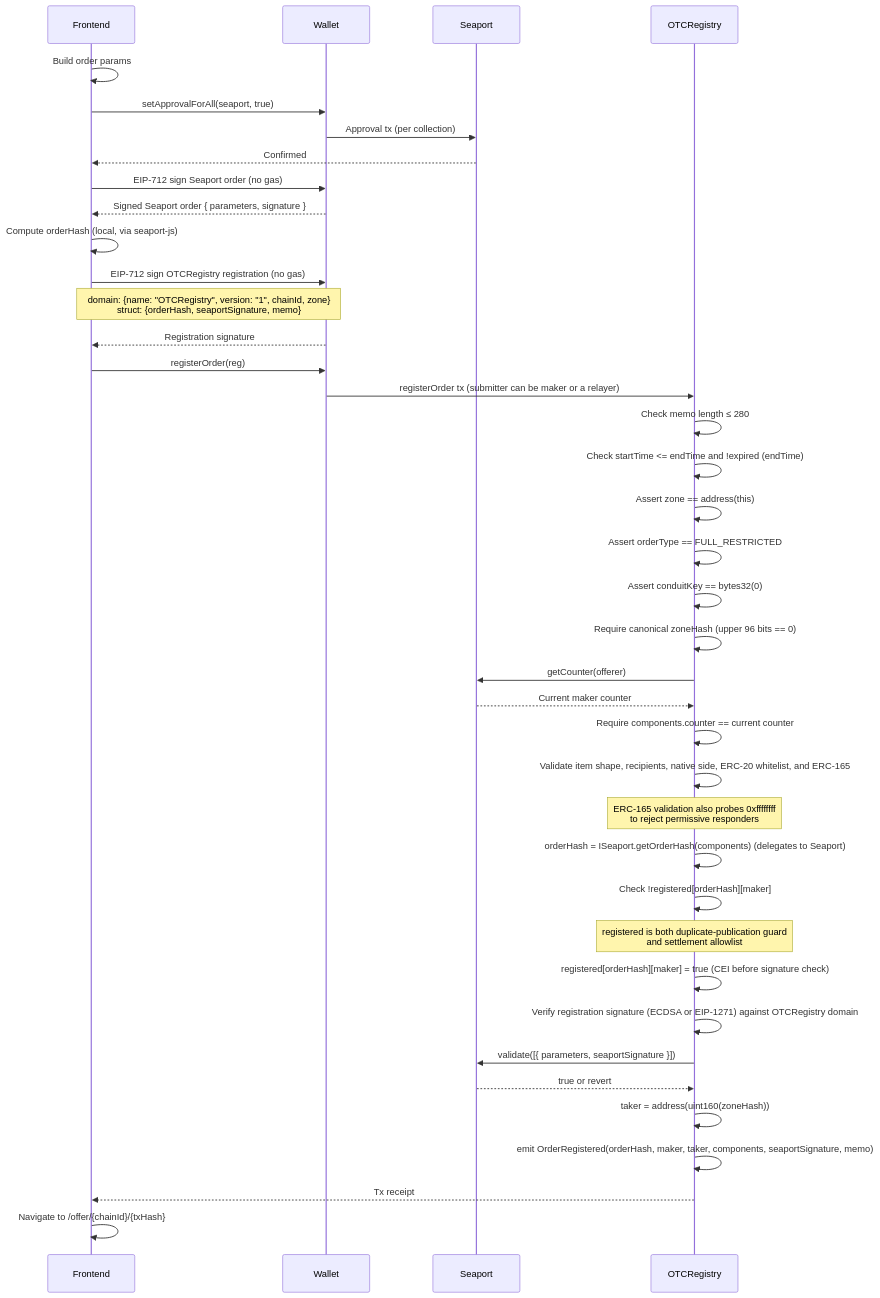
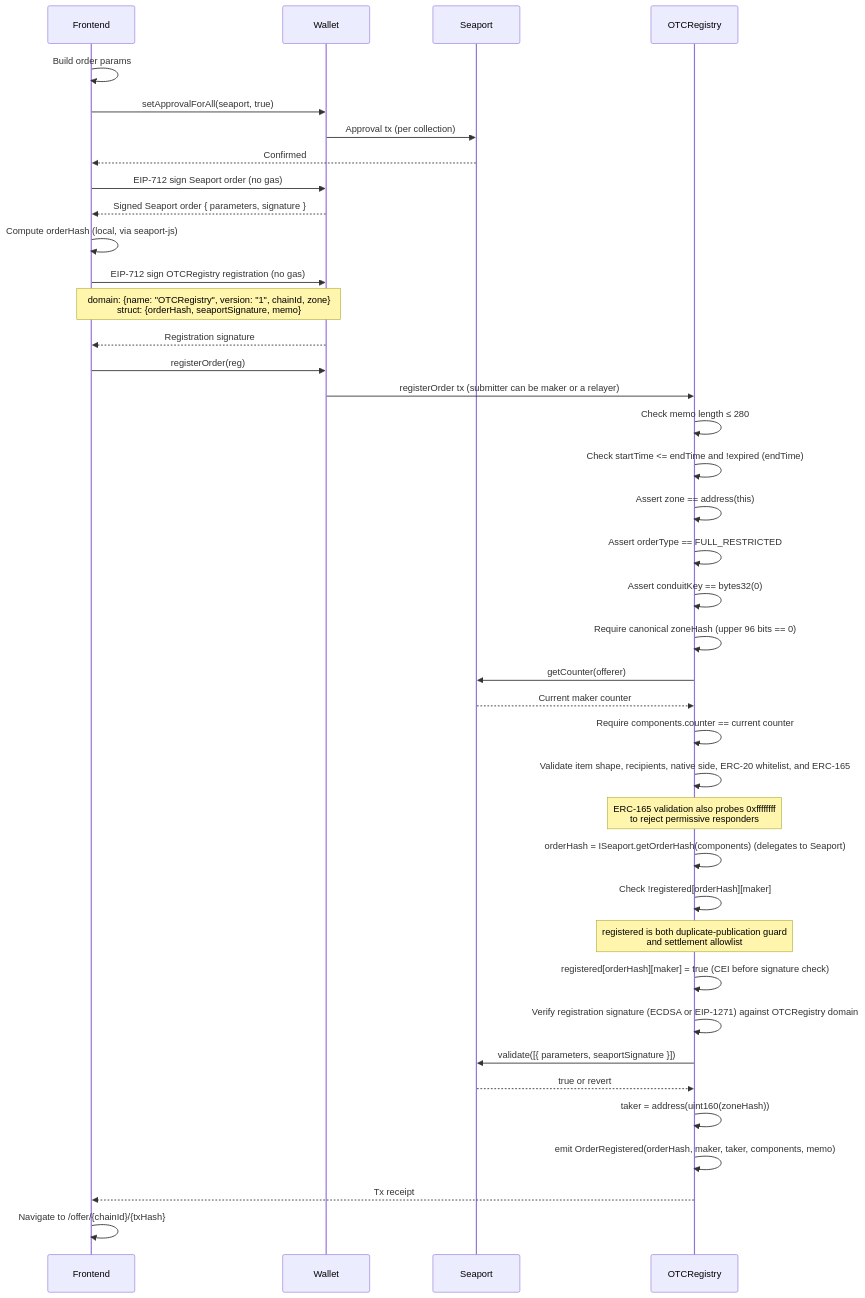
The first of 5 diagrams in docs/flows.md (shukudaidayo/ocarina-trade), drawn with Mermaid before and after one commit. The commit also changed other lines of this file and 8 other files, not shown here.

````diff
--- a/docs/flows.md
+++ b/docs/flows.md
@@ -5,48 +5,48 @@
 ```mermaid
 sequenceDiagram
     participant F as Frontend
     participant W as Wallet
     participant S as Seaport
     participant Z as OTCRegistry
 
     F->>F: Build order params
 
     F->>W: setApprovalForAll(seaport, true)
     W->>S: Approval tx (per collection)
     S-->>F: Confirmed
 
     F->>W: EIP-712 sign Seaport order (no gas)
     W-->>F: Signed Seaport order { parameters, signature }
 
     F->>F: Compute orderHash (local, via seaport-js)
 
     F->>W: EIP-712 sign OTCRegistry registration (no gas)
     Note over F,W: domain: {name: "OTCRegistry", version: "1", chainId, zone}<br/>struct: {orderHash, seaportSignature, memo}
     W-->>F: Registration signature
 
     F->>W: registerOrder(reg)
     W->>Z: registerOrder tx (submitter can be maker or a relayer)
     Z->>Z: Check memo length ≤ 280
     Z->>Z: Check startTime <= endTime and !expired (endTime)
     Z->>Z: Assert zone == address(this)
     Z->>Z: Assert orderType == FULL_RESTRICTED
     Z->>Z: Assert conduitKey == bytes32(0)
     Z->>Z: Require canonical zoneHash (upper 96 bits == 0)
     Z->>S: getCounter(offerer)
     S-->>Z: Current maker counter
     Z->>Z: Require components.counter == current counter
     Z->>Z: Validate item shape, recipients, native side, ERC-20 whitelist, and ERC-165
     Note over Z: ERC-165 validation also probes 0xffffffff<br/>to reject permissive responders
     Z->>Z: orderHash = ISeaport.getOrderHash(components) (delegates to Seaport)
     Z->>Z: Check !registered[orderHash][maker]
     Note over Z: registered is both duplicate-publication guard<br/>and settlement allowlist
     Z->>Z: registered[orderHash][maker] = true (CEI before signature check)
     Z->>Z: Verify registration signature (ECDSA or EIP-1271) against OTCRegistry domain
     Z->>S: validate([{ parameters, seaportSignature }])
     S-->>Z: true or revert
     Z->>Z: taker = address(uint160(zoneHash))
-    Z->>Z: emit OrderRegistered(orderHash, maker, taker, components, seaportSignature, memo)
+    Z->>Z: emit OrderRegistered(orderHash, maker, taker, components, memo)
     Z-->>F: Tx receipt
 
     F->>F: Navigate to /offer/{chainId}/{txHash}
 ```
````
